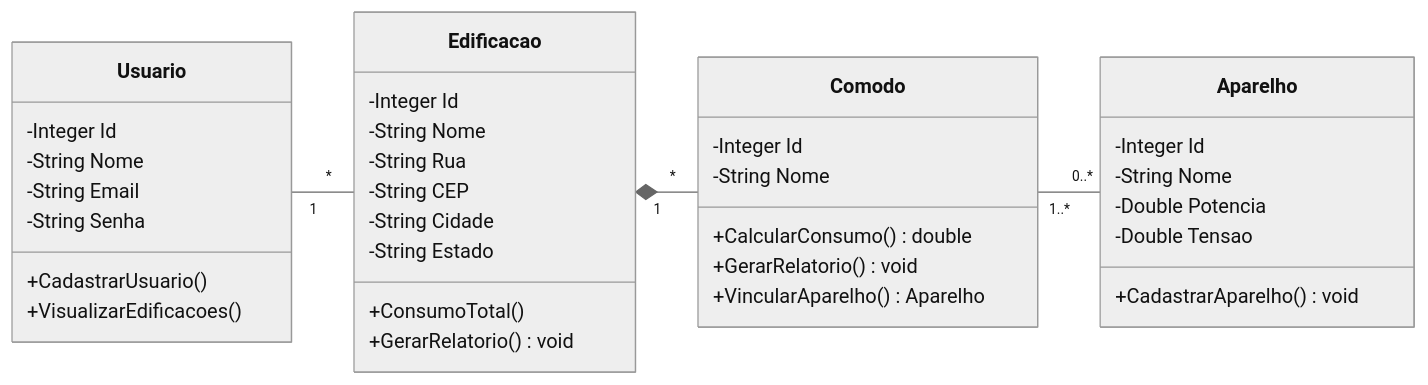
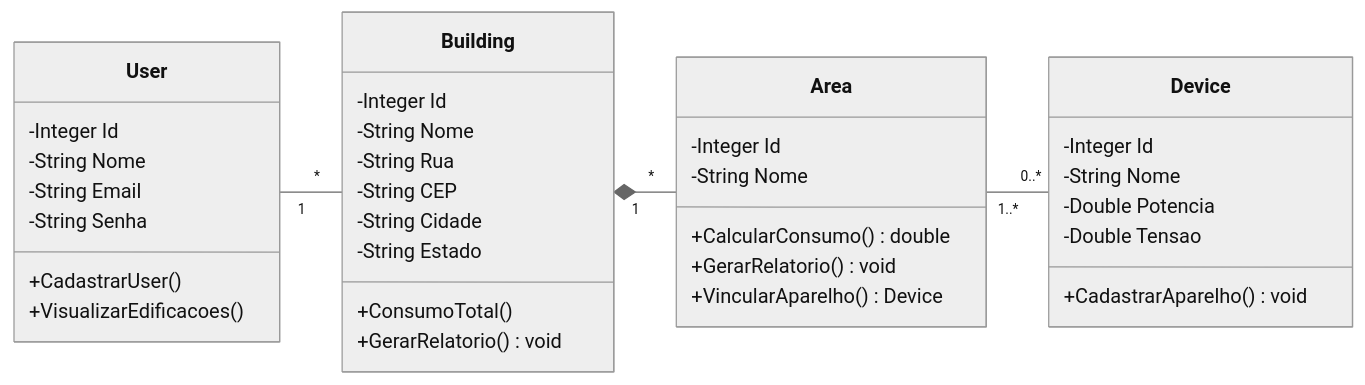
One commit to viniciussartini/lumitrack-backend changed the first of 2 diagrams in README.md. Above: the diagram before and after it, drawn with Mermaid (neutral theme). The commit also changed other lines of this file and 1 other file, not shown here.

````diff
--- a/README.md
+++ b/README.md
@@ -78,43 +83,43 @@
 ```mermaid
 classDiagram
 
     direction LR
 
-    Usuario "1"-- "*" Edificacao
-    Edificacao "1" *-- "*"Comodo
-    Comodo "1..*"-- "0..*" Aparelho
+    User "1"-- "*" Building
+    Building "1" *-- "*"Area
+    Area "1..*"-- "0..*" Device
 
-    class Usuario {
+    class User {
         -Integer Id
         -String Nome
         -String Email
         -String Senha
-        +CadastrarUsuario()
+        +CadastrarUser()
         +VisualizarEdificacoes()
     }
     
-    class Edificacao {
+    class Building {
         -Integer Id
         -String Nome
         -String Rua
         -String CEP
         -String Cidade
         -String Estado
         +ConsumoTotal()
         +GerarRelatorio() void
     }
-    class Aparelho {
+    class Device {
         -Integer Id
         -String Nome
         -Double Potencia
         -Double Tensao
         +CadastrarAparelho()void
     }
-    class Comodo {
+    class Area {
         -Integer Id
         -String Nome
         +CalcularConsumo()double
         +GerarRelatorio()void
-        +VincularAparelho()Aparelho
+        +VincularAparelho()Device
     }
 ```
````
